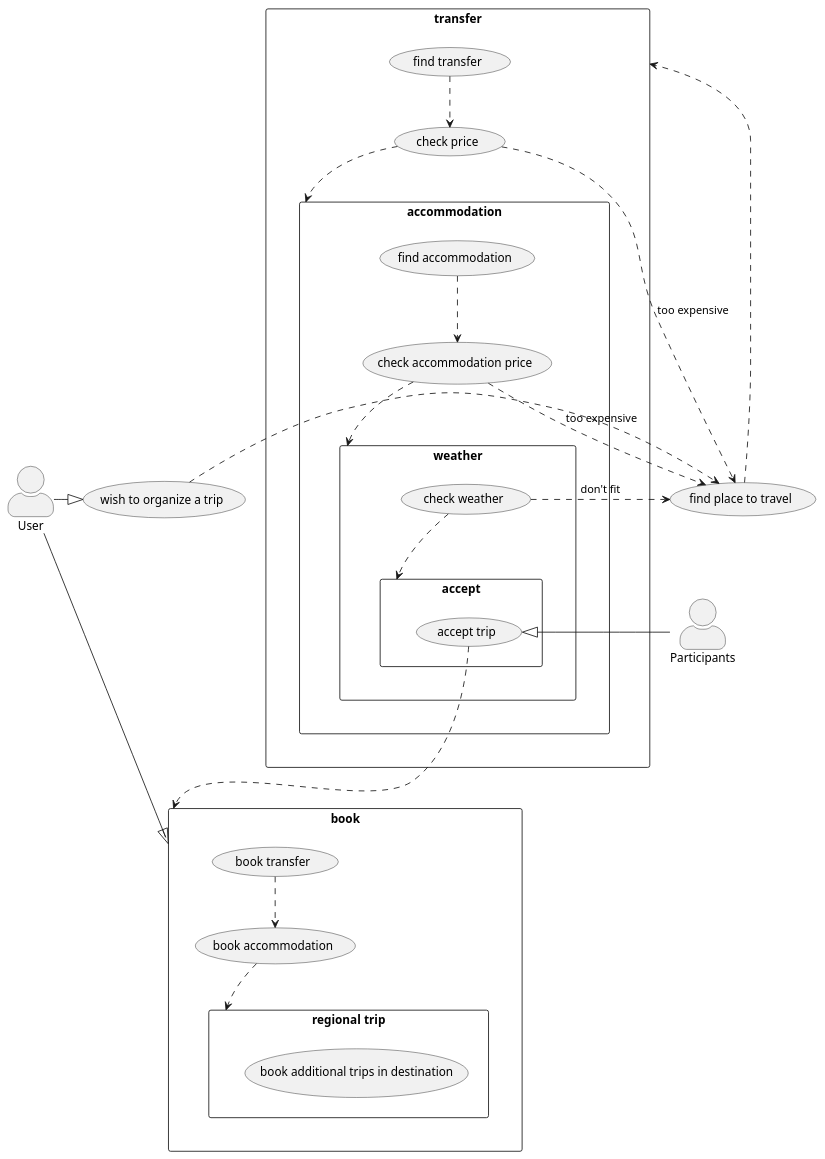
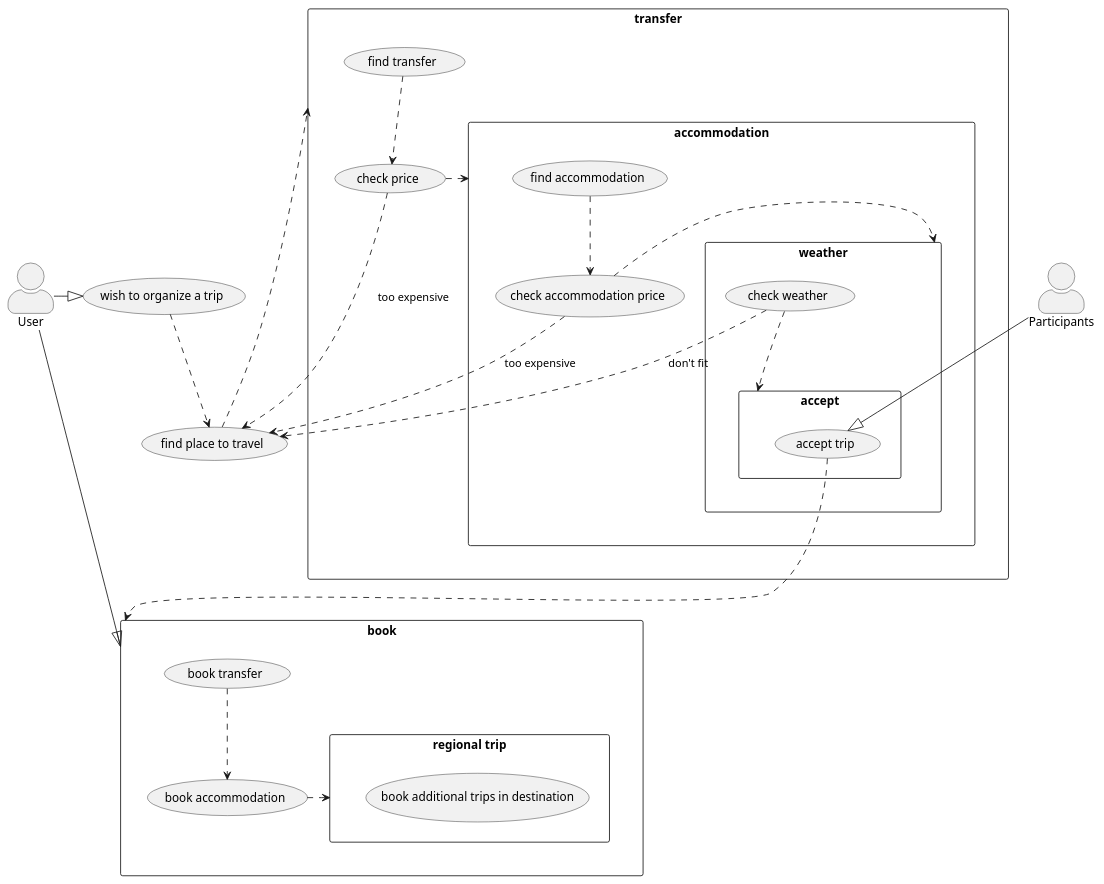
Before and after one commit to Kamil-IT/my-trip: the diagram in doc/overview/organization_travel_use_case.puml, drawn with PlantUML. The commit also changed 1 other file, not shown here.

```diff
--- a/doc/overview/organization_travel_use_case.puml
+++ b/doc/overview/organization_travel_use_case.puml
@@ -1,74 +1,62 @@
 @startuml
-'left to right direction
+top to bottom direction
+
 skinparam actorStyle awesome
 actor User
 actor Participants
-'actor clerk
 
 "wish to organize a trip" as (wish)
 "find place to travel" as (place)
 
-
-:User: -|> wish
+:User: -r-|> wish
 :User: ---|> book
-wish .> (place)
-place ..> transfer
-
-'Travel
+wish .> place
+place .r.> transfer
 
 rectangle transfer {
     "find transfer" as (transfer_find)
     "check price" as (transfer_check_price)
 
     transfer_find ..> transfer_check_price
-    transfer_check_price ..> (accommodation)
-
+    transfer_check_price .r.> (accommodation)
     transfer_check_price ..> (place) : too expensive
 }
 
 rectangle accommodation {
     "find accommodation" as (accommodation_find)
     "check accommodation price" as (accommodation_check_price)
 
     accommodation_find ..> accommodation_check_price
-    accommodation_check_price ..> (weather)
-    accommodation_check_price ..> (place) : too expensive
+    accommodation_check_price .r.> (weather)
+    accommodation_check_price .d.> (place) : too expensive
 }
 
 rectangle weather {
     "check weather" as (weather_check)
 
     weather_check ..> (accept)
     weather_check ..> (place) : don't fit
 }
 
 rectangle accept {
    "accept trip" as (trip_accept)
 
-   :Participants: -|> trip_accept
+   :Participants: --|> trip_accept
    trip_accept ..> book
 }
 
 rectangle book {
     "book transfer" as (book_transfer)
     "book accommodation" as (book_accommodation)
 
     book_transfer ..> book_accommodation
-    book_accommodation ..> "regional trip"
+    book_accommodation .r.> "regional trip"
 }
 
 rectangle "regional trip" {
     "book additional trips in destination" as (book_additional_trips)
 }
 
 
-'Check weather
 
-
-'rectangle "Group trip" {
-'  User -- (wish to organize a trip)
-'  (checkout) .> (payment) : include
-'  (help) .> (checkout) : extends
-'  (checkout) -- clerk
-'}
 @enduml
```
